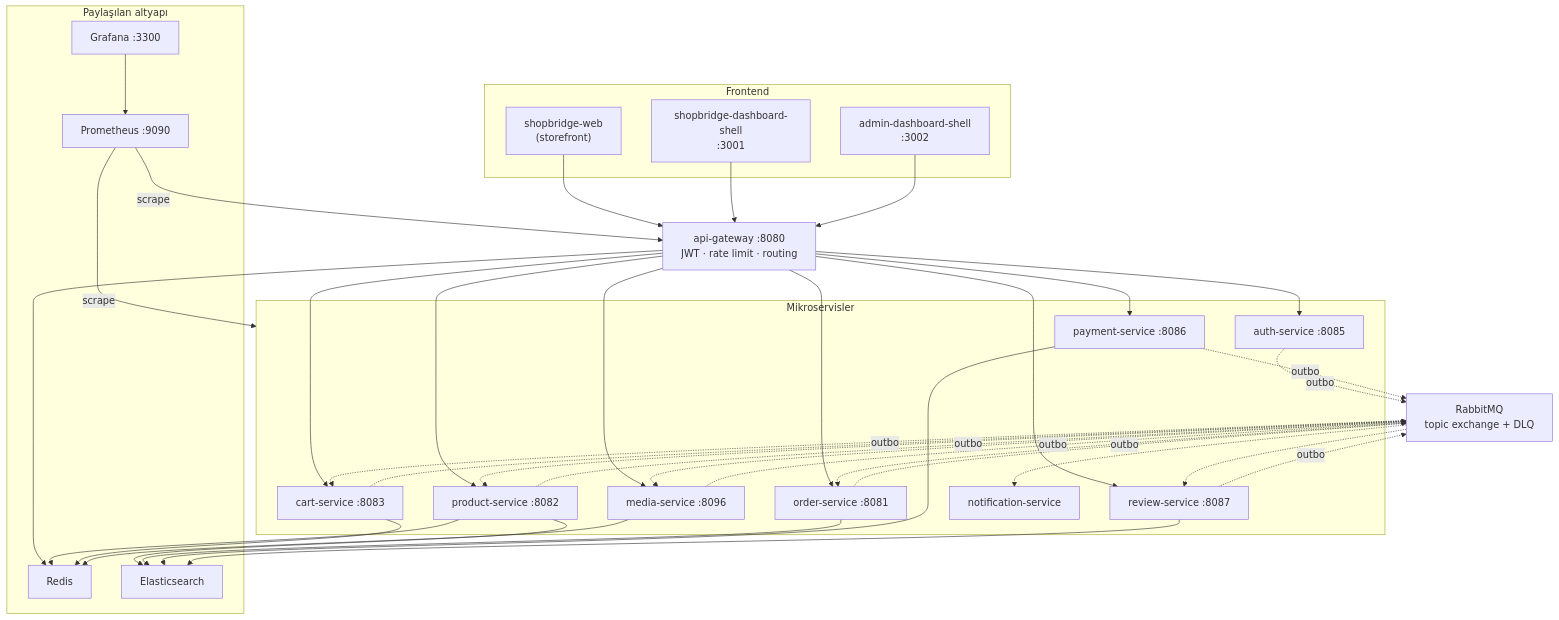
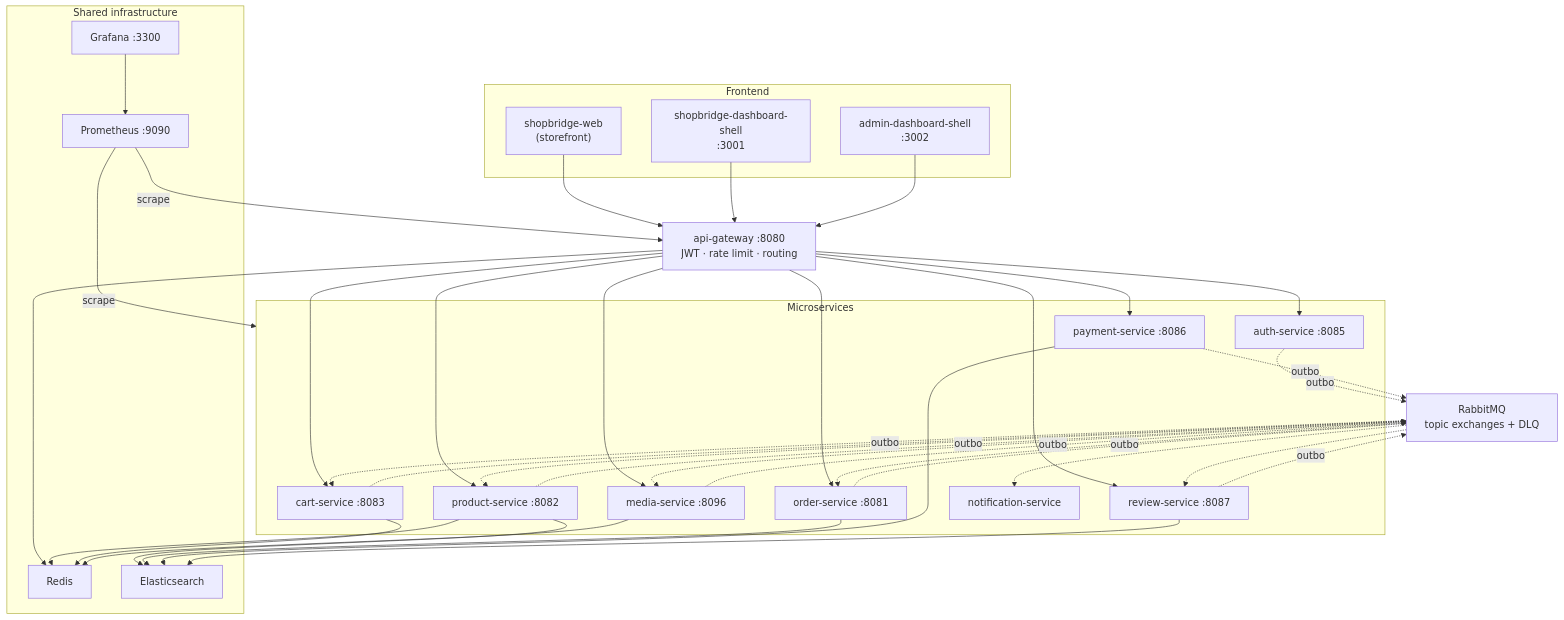
The diagram in README.md (Oldzhay34/ecommerce-microservice), drawn with Mermaid before and after one commit. The commit also changed other lines of this file, not shown here.

````diff
--- a/README.md
+++ b/README.md
@@ -35,44 +35,44 @@
 ```mermaid
 flowchart TB
     subgraph FE["Frontend"]
         SW["shopbridge-web<br/>(storefront)"]
         SDS["shopbridge-dashboard-shell<br/>:3001"]
         ADS["admin-dashboard-shell<br/>:3002"]
     end
 
     GW["api-gateway :8080<br/>JWT · rate limit · routing"]
 
-    subgraph SVC["Mikroservisler"]
+    subgraph SVC["Microservices"]
         AUTH["auth-service :8085"]
         PROD["product-service :8082"]
         CART["cart-service :8083"]
         ORD["order-service :8081"]
         PAY["payment-service :8086"]
         REV["review-service :8087"]
         MED["media-service :8096"]
         NOT["notification-service"]
     end
 
-    MQ["RabbitMQ<br/>topic exchange + DLQ"]
+    MQ["RabbitMQ<br/>topic exchanges + DLQ"]
 
-    subgraph INFRA["Paylaşılan altyapı"]
+    subgraph INFRA["Shared infrastructure"]
         RD["Redis"]
         ES["Elasticsearch"]
         PROM["Prometheus :9090"]
         GRAF["Grafana :3300"]
     end
 
     SW --> GW
     SDS --> GW
     ADS --> GW
     GW --> AUTH & PROD & CART & ORD & PAY & REV & MED
 
     AUTH & PROD & CART & ORD & PAY & REV & MED -.outbox.-> MQ
     MQ -.-> NOT
     MQ -.-> PROD & CART & ORD & REV & MED
 
     GW & PROD & CART & MED --> RD
     PROD & ORD & PAY & REV --> ES
     PROM -->|scrape| GW & SVC
     GRAF --> PROM
 ```
````
